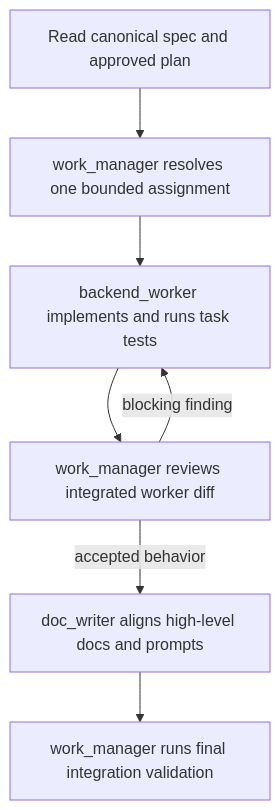
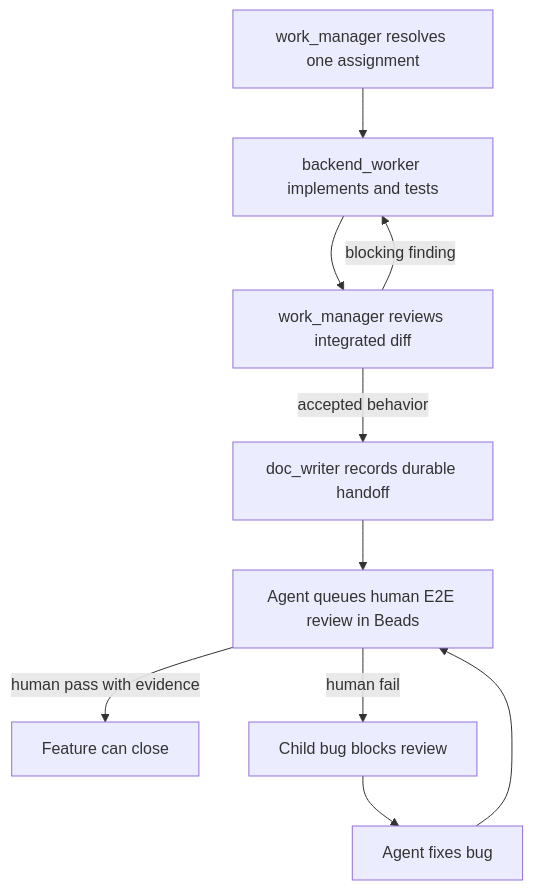
One commit to parmcoder/smt changed the diagram in docs/00-project/SMT - Agent Team.md. Above: the diagram before and after it, drawn with Mermaid. The commit also changed other lines of this file and 4 other files, not shown here.

````diff
--- a/docs/00-project/SMT - Agent Team.md
+++ b/docs/00-project/SMT - Agent Team.md
@@ -41,9 +37,12 @@
 ```mermaid
 flowchart TD
-    A[Read canonical spec and approved plan] --> B[work_manager resolves one bounded assignment]
-    B --> C[backend_worker implements and runs task tests]
-    C --> D[work_manager reviews integrated worker diff]
-    D -->|blocking finding| C
-    D -->|accepted behavior| E[doc_writer aligns high-level docs and prompts]
-    E --> F[work_manager runs final integration validation]
+    A[work_manager resolves one assignment] --> B[backend_worker implements and tests]
+    B --> C[work_manager reviews integrated diff]
+    C -->|blocking finding| B
+    C -->|accepted behavior| D[doc_writer records durable handoff]
+    D --> E[Agent queues human E2E review in Beads]
+    E -->|human pass with evidence| F[Feature can close]
+    E -->|human fail| G[Child bug blocks review]
+    G --> H[Agent fixes bug]
+    H --> E
 ```
````
